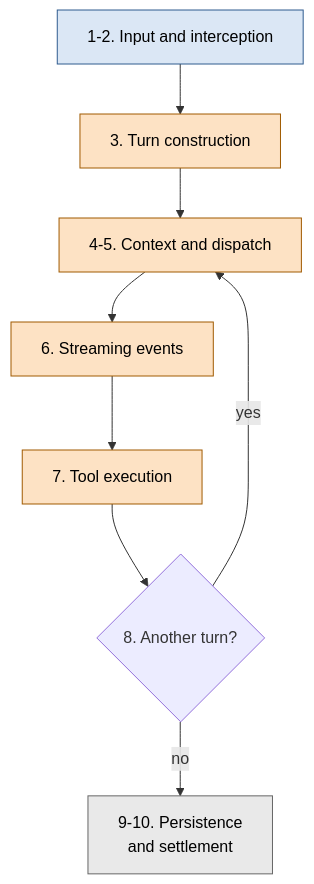
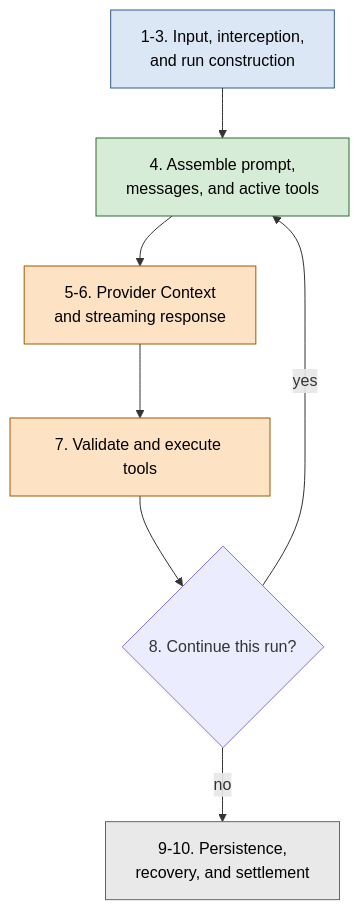
One commit to lukechen526/pi changed the third of 8 diagrams in developer-guide/06-lifecycle-and-hooks.qmd. Above: the diagram before and after it, drawn with Mermaid. The commit also changed other lines of this file and 6 other files, not shown here.

Commit message:
docs(agent): explain model context assembly

````diff
--- a/developer-guide/06-lifecycle-and-hooks.qmd
+++ b/developer-guide/06-lifecycle-and-hooks.qmd
@@ -50,18 +263,18 @@
 ```{mermaid}
 %%| label: fig-prompt-lifecycle-overview
-%%| fig-cap: "The complete interactive prompt path. Stages 1-2 (blue) happen before any model work; stages 6-8 (amber) repeat once per turn; stages 9-10 (grey) settle the run."
+%%| fig-cap: "The complete interactive prompt path. Prompt and tool assembly precede the repeated provider/tool cycle; persistence and session settlement happen after the low-level loop ends."
 flowchart TD
-  S1["1-2. Input and interception"]:::input
-  S3["3. Turn construction"]:::turn
-  S45["4-5. Context and dispatch"]:::turn
-  S6["6. Streaming events"]:::turn
-  S7["7. Tool execution"]:::turn
-  S8{"8. Another turn?"}
-  S9["9-10. Persistence<br/>and settlement"]:::settle
-  S1 --> S3 --> S45 --> S6 --> S7 --> S8
-  S8 -->|"yes"| S45
+  S1["1-3. Input, interception,<br/>and run construction"]:::input
+  S4["4. Assemble prompt,<br/>messages, and active tools"]:::assembly
+  S56["5-6. Provider Context<br/>and streaming response"]:::turn
+  S7["7. Validate and execute tools"]:::turn
+  S8{"8. Continue this run?"}
+  S9["9-10. Persistence,<br/>recovery, and settlement"]:::settle
+  S1 --> S4 --> S56 --> S7 --> S8
+  S8 -->|"yes"| S4
   S8 -->|"no"| S9
   classDef input fill:#dbe7f5,stroke:#2f5b8f,color:#000000
+  classDef assembly fill:#d7ecd7,stroke:#2e6b2e,color:#000000
   classDef turn fill:#fde2c4,stroke:#a05a00,color:#000000
   classDef settle fill:#e9e9e9,stroke:#666666,color:#000000
 ```
````
